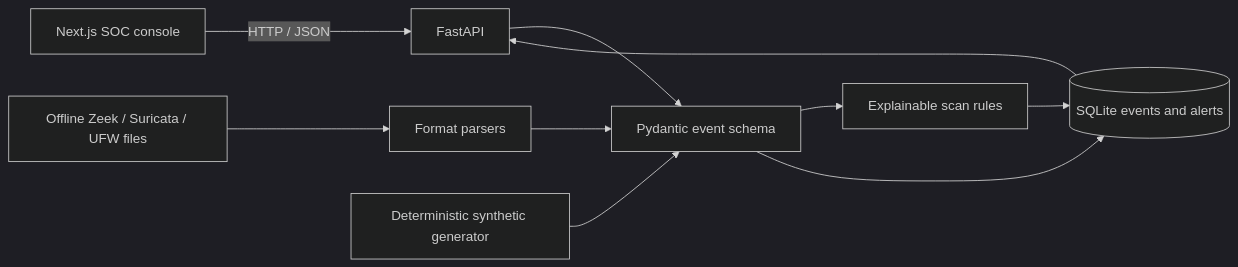
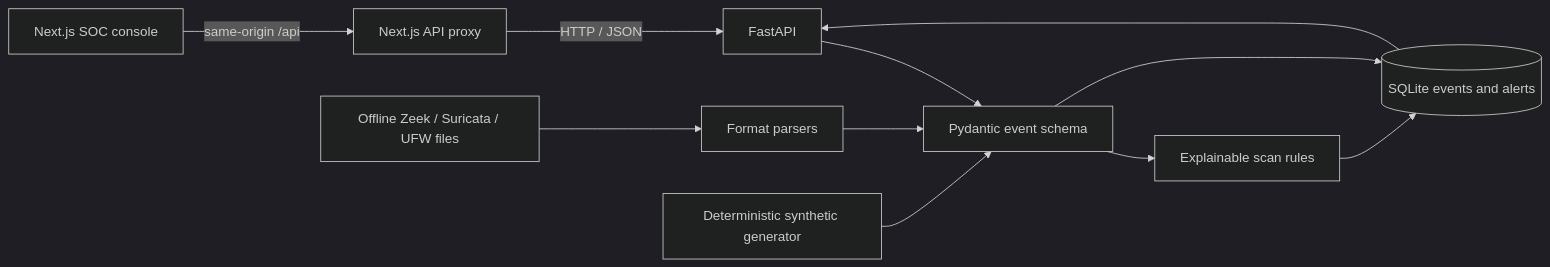
One commit to anurag-rvnkr1/Port-Scan-Detection-Engineering-Lab changed the diagram in README.md. Above: the diagram before and after it, drawn with Mermaid (dark theme). The commit also changed other lines of this file and 12 other files, not shown here.

Commit message:
feat: update API proxy configuration and enhance Docker setup for local development

````diff
--- a/README.md
+++ b/README.md
@@ -25,12 +25,13 @@
 ```mermaid
 flowchart LR
-  UI[Next.js SOC console] -->|HTTP / JSON| API[FastAPI]
+  UI[Next.js SOC console] -->|same-origin /api| BFF[Next.js API proxy]
+  BFF -->|HTTP / JSON| API[FastAPI]
   API --> SCHEMA[Pydantic event schema]
   LOGS[Offline Zeek / Suricata / UFW files] --> PARSE[Format parsers]
   GEN[Deterministic synthetic generator] --> SCHEMA
   PARSE --> SCHEMA
   SCHEMA --> DETECT[Explainable scan rules]
   DETECT --> DB[(SQLite events and alerts)]
   SCHEMA --> DB
   DB --> API
 ```
````
